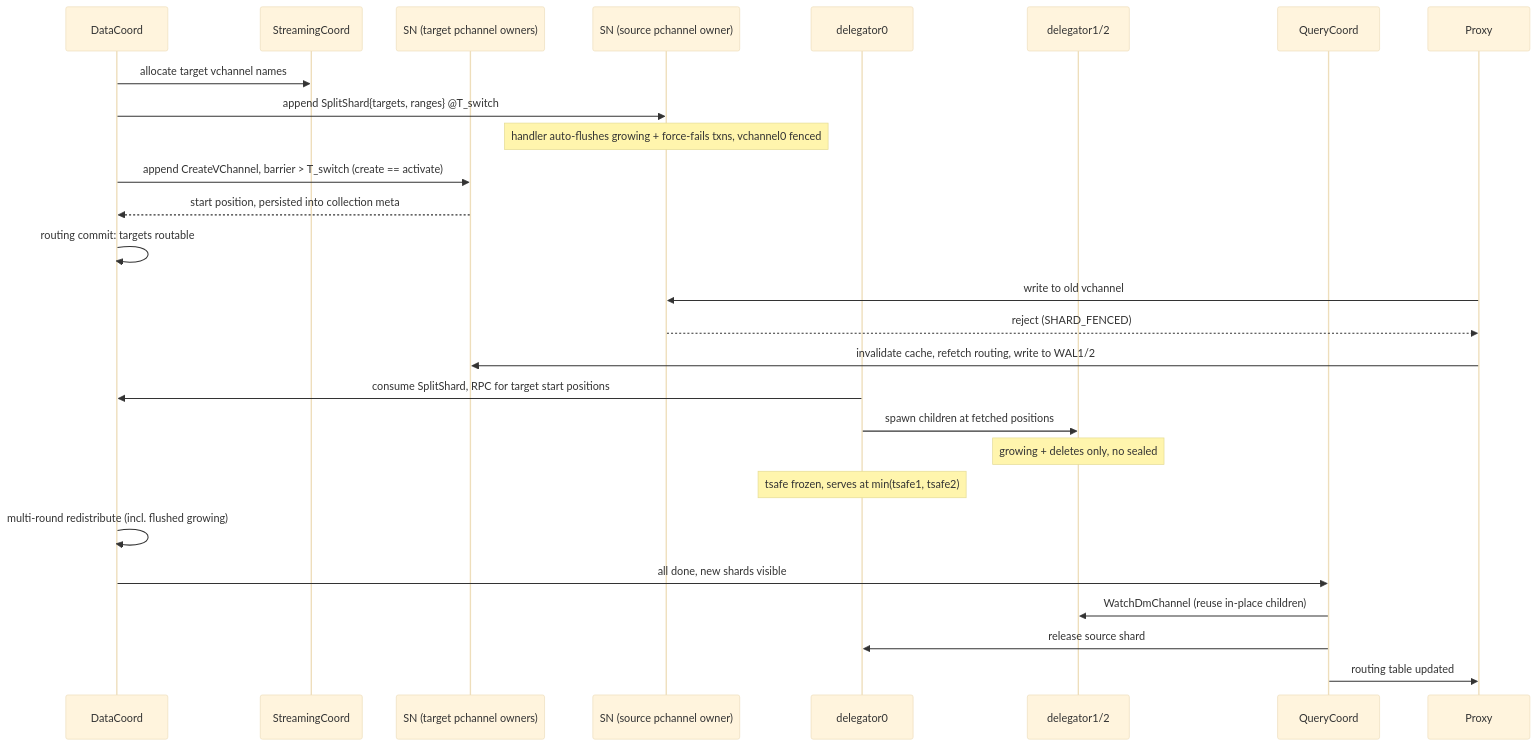
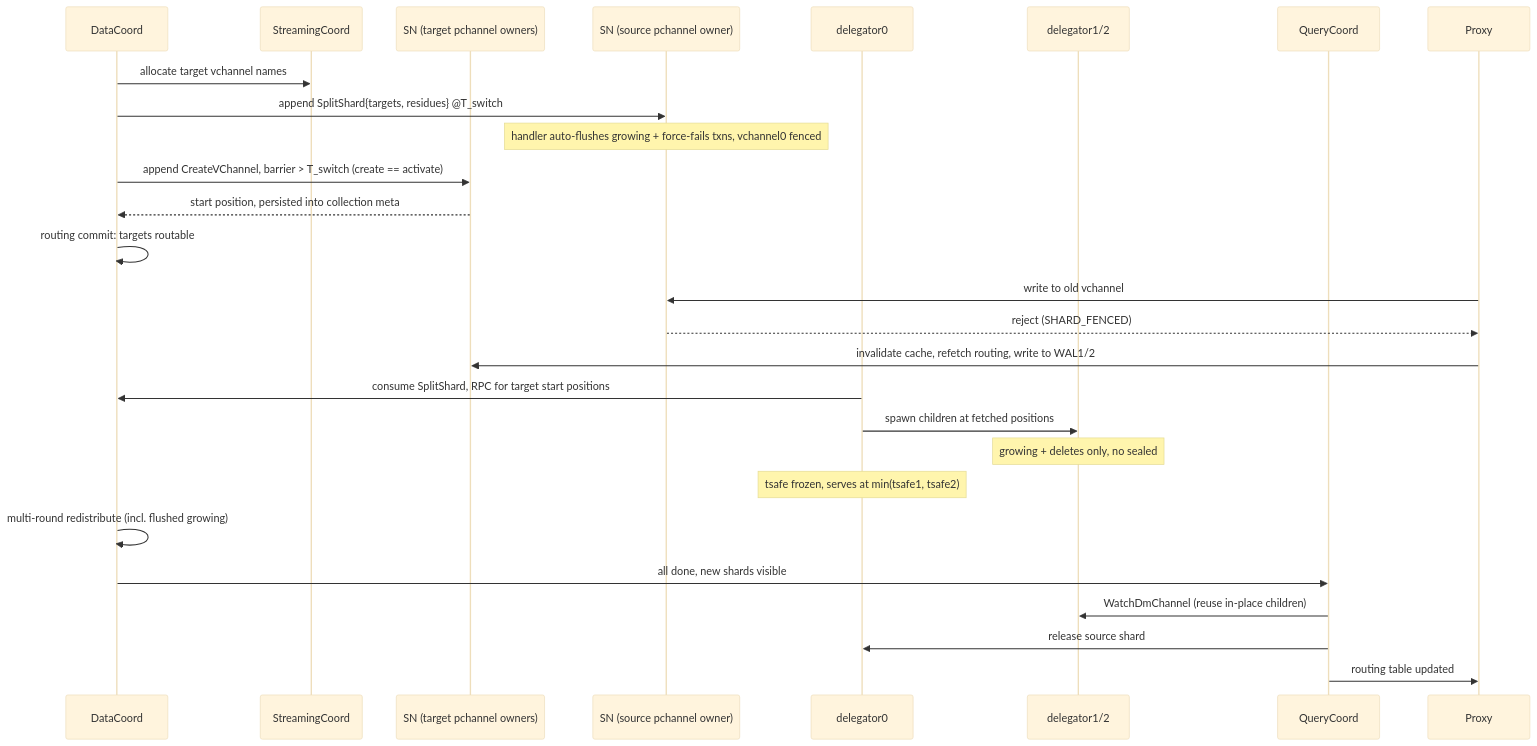
One commit to milvus-io/milvus changed the second of 4 diagrams in docs/design-docs/design_docs/20260610-shard_split.md. Above: the diagram before and after it, drawn with Mermaid (base theme). The commit also changed other lines of this file, not shown here.

````diff
--- a/docs/design-docs/design_docs/20260610-shard_split.md
+++ b/docs/design-docs/design_docs/20260610-shard_split.md
@@ -368,29 +410,29 @@
 ```mermaid
 sequenceDiagram
     participant DC as DataCoord
     participant SC as StreamingCoord
     participant SNT as SN (target pchannel owners)
     participant SN0 as SN (source pchannel owner)
     participant D0 as delegator0
     participant D12 as delegator1/2
     participant QC as QueryCoord
     participant PX as Proxy
     DC->>SC: allocate target vchannel names
-    DC->>SN0: append SplitShard{targets, ranges} @T_switch
+    DC->>SN0: append SplitShard{targets, residues} @T_switch
     Note over SN0: handler auto-flushes growing + force-fails txns, vchannel0 fenced
     DC->>SNT: append CreateVChannel, barrier > T_switch (create == activate)
     SNT-->>DC: start position, persisted into collection meta
     DC->>DC: routing commit: targets routable
     PX->>SN0: write to old vchannel
     SN0-->>PX: reject (SHARD_FENCED)
     PX->>SNT: invalidate cache, refetch routing, write to WAL1/2
     D0->>DC: consume SplitShard, RPC for target start positions
     D0->>D12: spawn children at fetched positions
     Note over D12: growing + deletes only, no sealed
     Note over D0: tsafe frozen, serves at min(tsafe1, tsafe2)
     DC->>DC: multi-round redistribute (incl. flushed growing)
     DC->>QC: all done, new shards visible
     QC->>D12: WatchDmChannel (reuse in-place children)
     QC->>D0: release source shard
     QC->>PX: routing table updated
 ```
````
